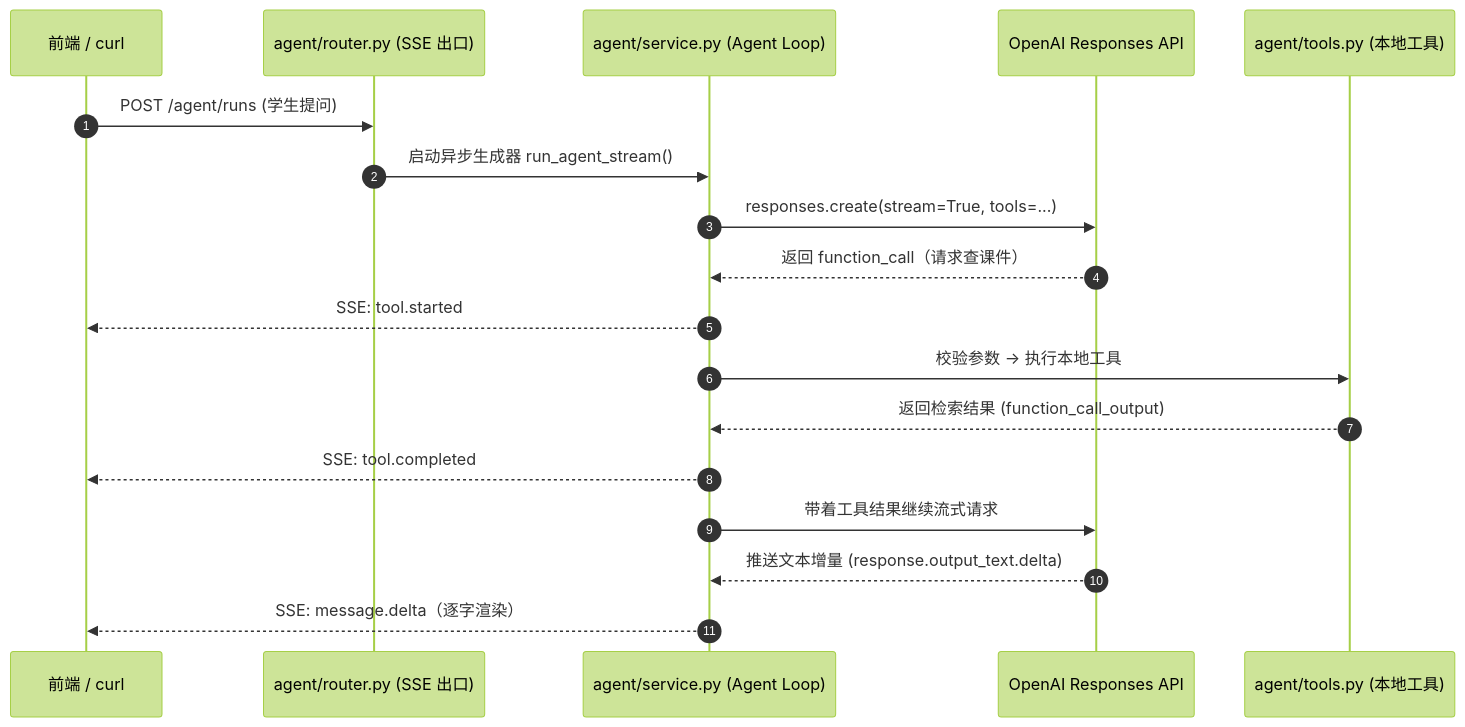
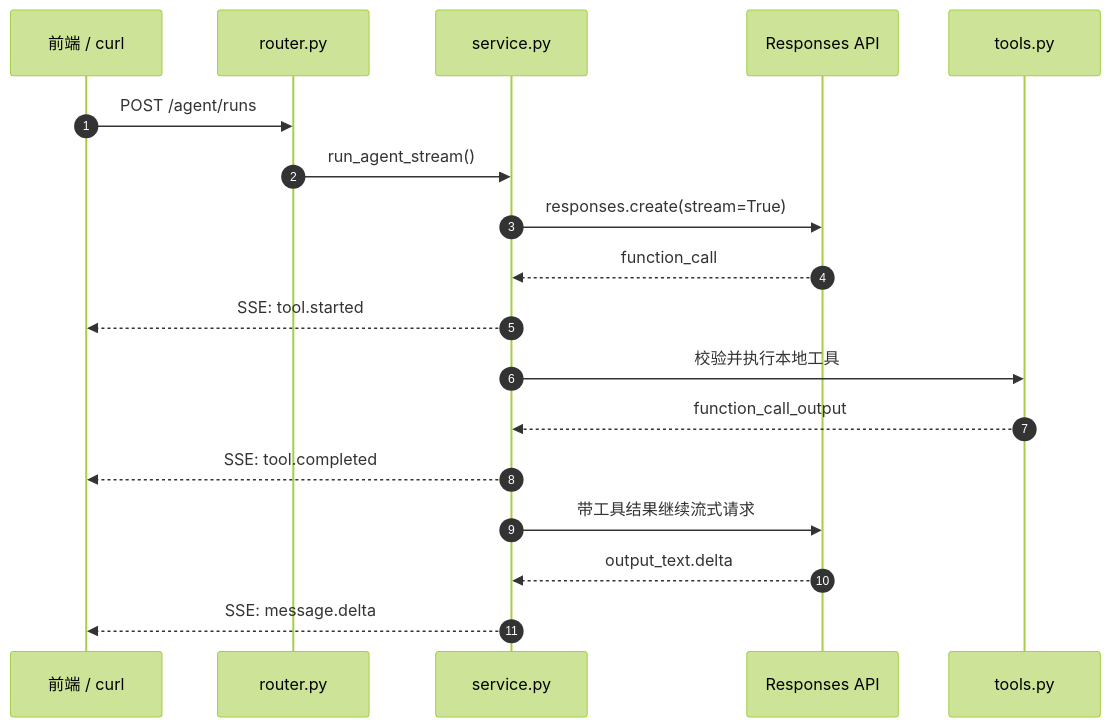
Before and after one commit to rereareal/ta-new: the first of 3 diagrams in PPT-Helper/decks/agent.md, drawn with Mermaid (forest theme). The commit also changed other lines of this file and 4 other files, not shown here.

````diff
--- a/PPT-Helper/decks/agent.md
+++ b/PPT-Helper/decks/agent.md
@@ -73,21 +75,21 @@
 ```mermaid
 sequenceDiagram
   autonumber
   participant F as 前端 / curl
-  participant R as agent/router.py (SSE 出口)
-  participant S as agent/service.py (Agent Loop)
-  participant O as OpenAI Responses API
-  participant T as agent/tools.py (本地工具)
+  participant R as router.py
+  participant S as service.py
+  participant O as Responses API
+  participant T as tools.py
 
-  F->>R: POST /agent/runs (学生提问)
-  R->>S: 启动异步生成器 run_agent_stream()
-  S->>O: responses.create(stream=True, tools=...)
-  O-->>S: 返回 function_call（请求查课件）
+  F->>R: POST /agent/runs
+  R->>S: run_agent_stream()
+  S->>O: responses.create(stream=True)
+  O-->>S: function_call
   S-->>F: SSE: tool.started
-  S->>T: 校验参数 → 执行本地工具
-  T-->>S: 返回检索结果 (function_call_output)
+  S->>T: 校验并执行本地工具
+  T-->>S: function_call_output
   S-->>F: SSE: tool.completed
-  S->>O: 带着工具结果继续流式请求
-  O-->>S: 推送文本增量 (response.output_text.delta)
-  S-->>F: SSE: message.delta（逐字渲染）
+  S->>O: 带工具结果继续流式请求
+  O-->>S: output_text.delta
+  S-->>F: SSE: message.delta
 ```
````
